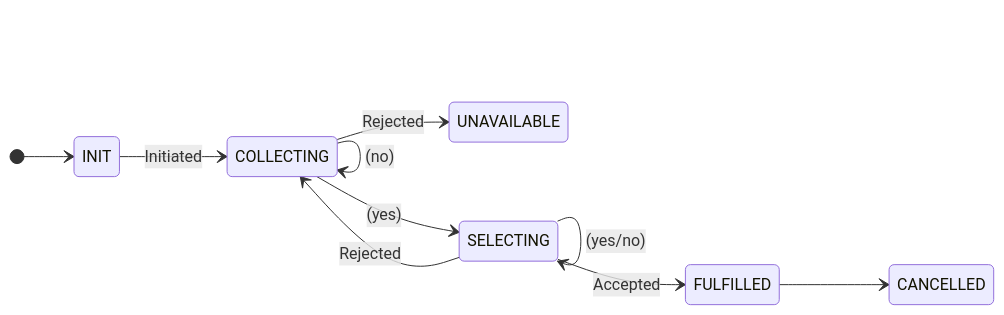
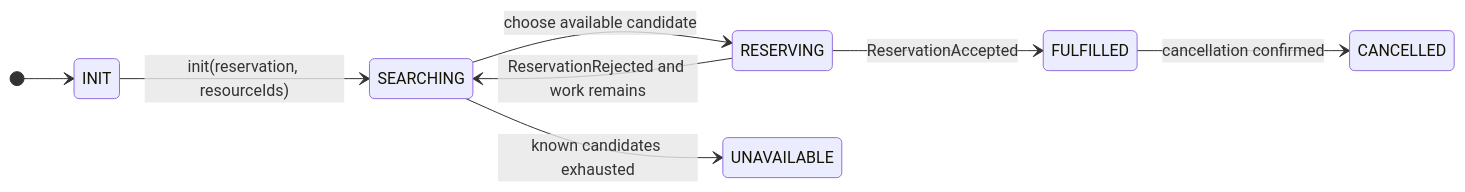
The diagram in reservation/reservation/docs/booking-flow.md (max8github/rez), drawn with Mermaid before and after one commit. The commit also changed other lines of this file and 4 other files, not shown here.

Commit message:
docs: rewrite reservation flow docs for rearchitecture

````diff
--- a/reservation/reservation/docs/booking-flow.md
+++ b/reservation/reservation/docs/booking-flow.md
@@ -11,13 +11,11 @@
 ```mermaid
 stateDiagram-v2
     direction LR
     [*] --> INIT
-    INIT --> COLLECTING : Initiated
-    COLLECTING --> COLLECTING : (no)
-    COLLECTING --> SELECTING : (yes)
-    COLLECTING --> UNAVAILABLE : Rejected
-    SELECTING --> SELECTING : (yes/no)
-    SELECTING --> FULFILLED : Accepted
-    SELECTING --> COLLECTING : Rejected
-    FULFILLED --> CANCELLED
+    INIT --> SEARCHING : init(reservation, resourceIds)
+    SEARCHING --> RESERVING : choose available candidate
+    RESERVING --> FULFILLED : ReservationAccepted
+    RESERVING --> SEARCHING : ReservationRejected and work remains
+    SEARCHING --> UNAVAILABLE : known candidates exhausted
+    FULFILLED --> CANCELLED : cancellation confirmed
 ```
````
